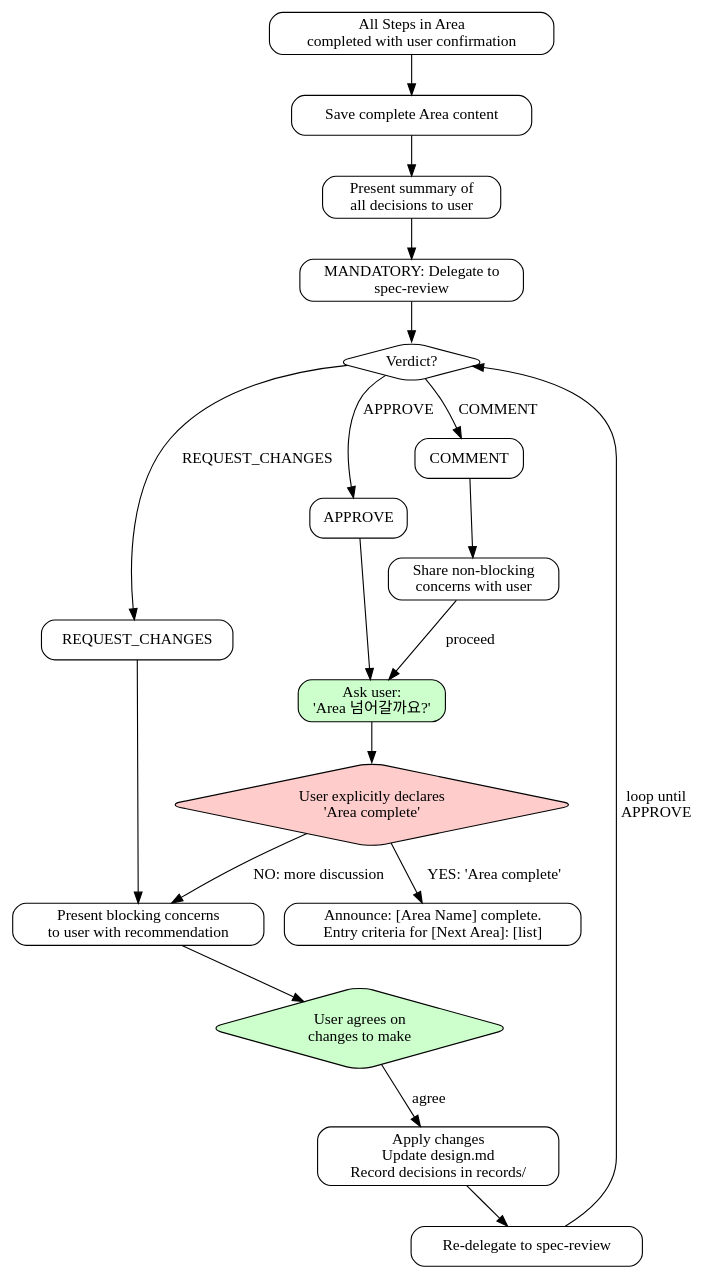
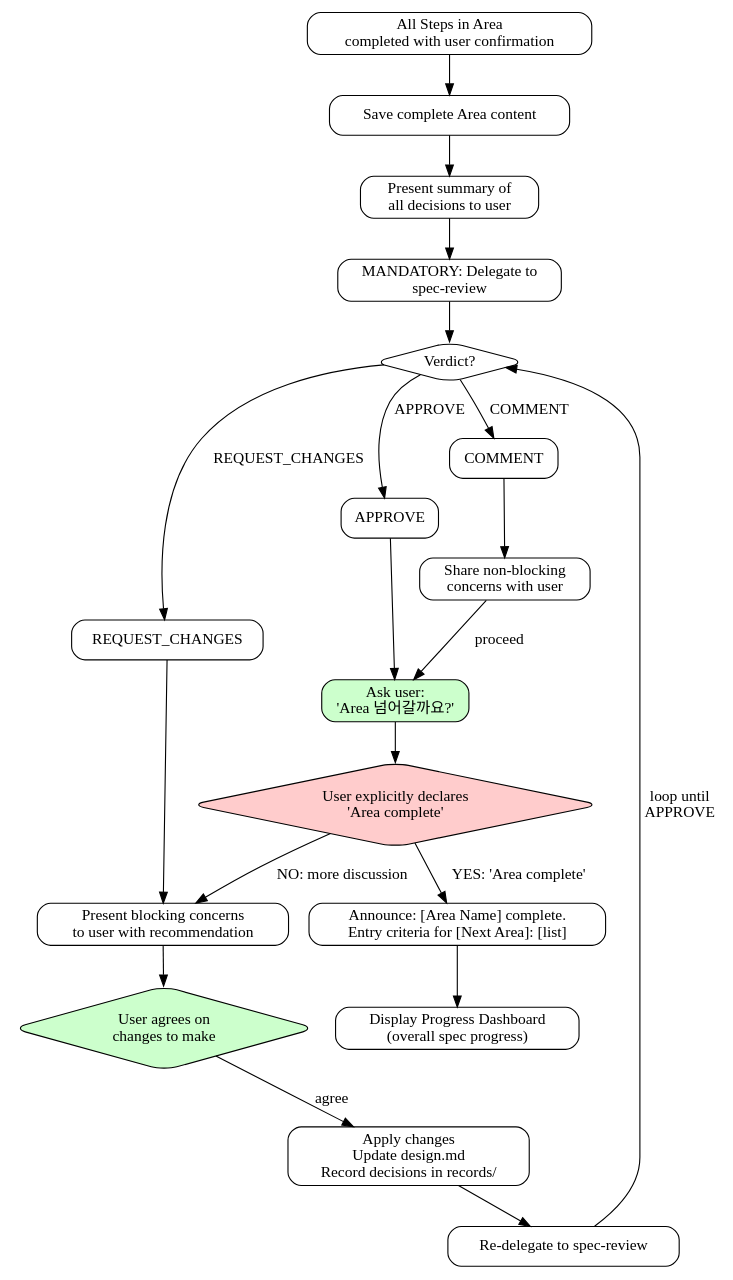
One commit to toongri/oh-my-toong-playground changed the third of 3 diagrams in skills/spec/SKILL.md. Above: the diagram before and after it, drawn with Graphviz. The commit also changed other lines of this file, not shown here.

First line of the commit message:
fix: spec 코드 리뷰 P2 이슈 3건 수정

````diff
--- a/skills/spec/SKILL.md
+++ b/skills/spec/SKILL.md
@@ -932,49 +932,51 @@
 ```dot
 digraph area_completion {
     rankdir=TB;
     node [shape=box, style=rounded];
 
     all_steps [label="All Steps in Area\ncompleted with user confirmation"];
     save_area [label="Save complete Area content"];
     present_summary [label="Present summary of\nall decisions to user"];
     delegate_reviewer [label="MANDATORY: Delegate to\nspec-review"];
     check_verdict [label="Verdict?", shape=diamond];
 
     approve [label="APPROVE"];
     ask_complete [label="Ask user:\n'Area 넘어갈까요?'", style="rounded,filled", fillcolor="#ccffcc"];
     user_final [label="User explicitly declares\n'Area complete'", shape=diamond, style="rounded,filled", fillcolor="#ffcccc"];
     announce_next [label="Announce: [Area Name] complete.\nEntry criteria for [Next Area]: [list]"];
+    progress_dashboard [label="Display Progress Dashboard\n(overall spec progress)"];
 
     request_changes [label="REQUEST_CHANGES"];
     present_feedback [label="Present blocking concerns\nto user with recommendation"];
     user_consensus [label="User agrees on\nchanges to make", shape=diamond, style="rounded,filled", fillcolor="#ccffcc"];
     incorporate [label="Apply changes\nUpdate design.md\nRecord decisions in records/"];
     re_review [label="Re-delegate to spec-review"];
 
     comment [label="COMMENT"];
     share_comment [label="Share non-blocking\nconcerns with user"];
 
     all_steps -> save_area;
     save_area -> present_summary;
     present_summary -> delegate_reviewer;
     delegate_reviewer -> check_verdict;
 
     check_verdict -> approve [label="APPROVE"];
     approve -> ask_complete;
     ask_complete -> user_final;
 
     check_verdict -> request_changes [label="REQUEST_CHANGES"];
     request_changes -> present_feedback;
     present_feedback -> user_consensus;
     user_consensus -> incorporate [label="agree"];
     incorporate -> re_review;
     re_review -> check_verdict [label="loop until\nAPPROVE"];
 
     check_verdict -> comment [label="COMMENT"];
     comment -> share_comment;
     share_comment -> ask_complete [label="proceed"];
 
     user_final -> announce_next [label="YES: 'Area complete'"];
+    announce_next -> progress_dashboard;
     user_final -> present_feedback [label="NO: more discussion"];
 }
 ```
````
